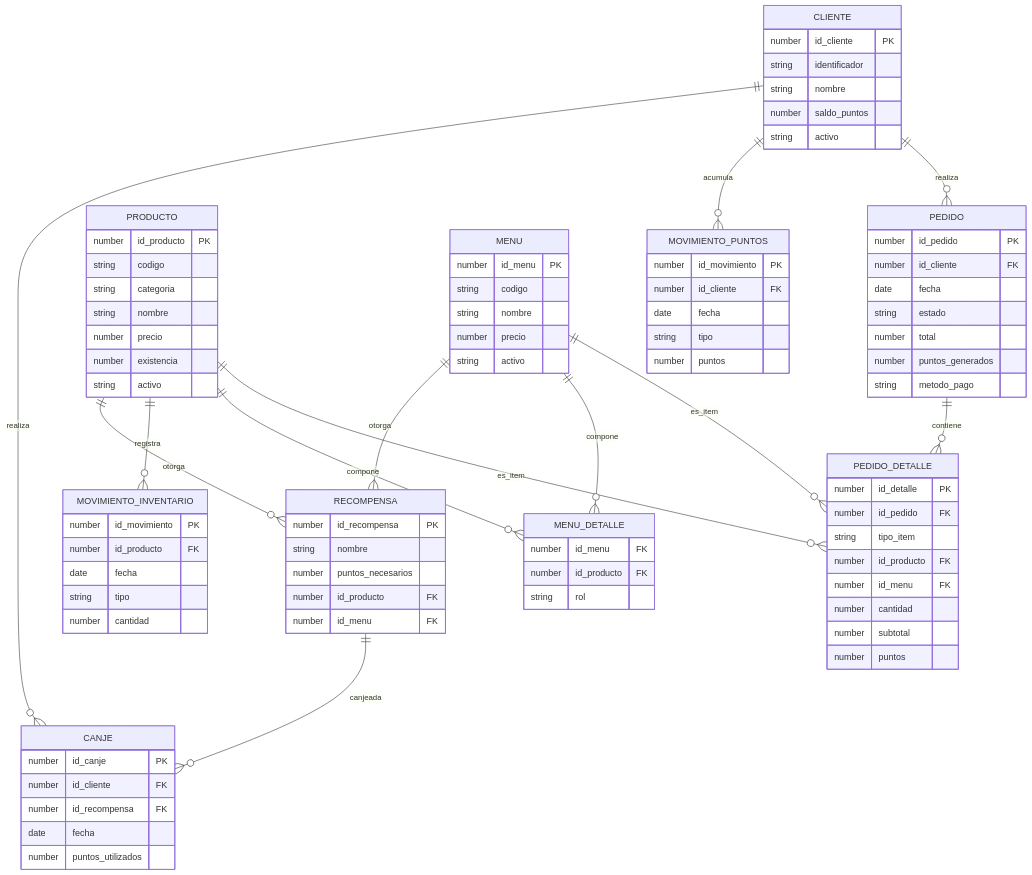
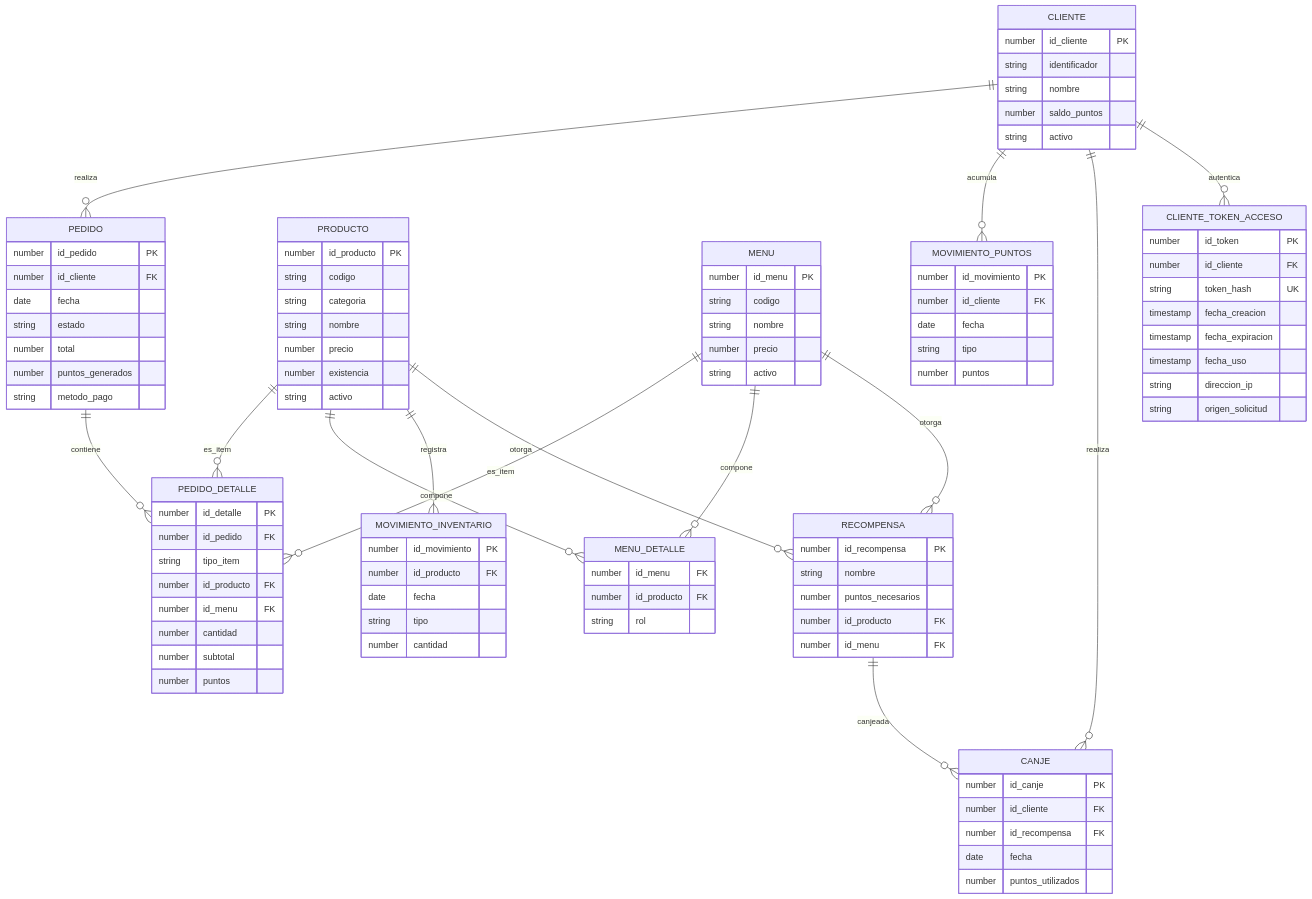
Before and after one commit to GlendyT/Proyecto-Pan-Pruntos-y-Premios: the first of 2 diagrams in diseno_pan_puntos_premios.md, drawn with Mermaid. The commit also changed other lines of this file and 15 other files, not shown here.

````diff
--- a/diseno_pan_puntos_premios.md
+++ b/diseno_pan_puntos_premios.md
@@ -31,6 +31,7 @@
   PRODUCTO ||--o{ MOVIMIENTO_INVENTARIO : registra
   CLIENTE ||--o{ MOVIMIENTO_PUNTOS : acumula
   CLIENTE ||--o{ CANJE : realiza
+  CLIENTE ||--o{ CLIENTE_TOKEN_ACCESO : autentica
   RECOMPENSA ||--o{ CANJE : canjeada
   PRODUCTO ||--o{ RECOMPENSA : otorga
   MENU ||--o{ RECOMPENSA : otorga
@@ -110,4 +111,14 @@
     date fecha
     number puntos_utilizados
   }
+  CLIENTE_TOKEN_ACCESO {
+    number id_token PK
+    number id_cliente FK
+    string token_hash UK
+    timestamp fecha_creacion
+    timestamp fecha_expiracion
+    timestamp fecha_uso
+    string direccion_ip
+    string origen_solicitud
+  }
 ```
````
